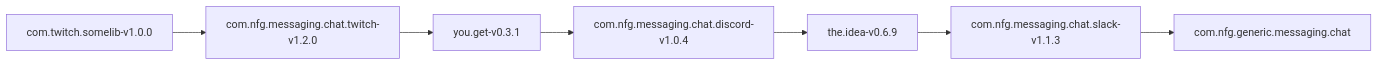
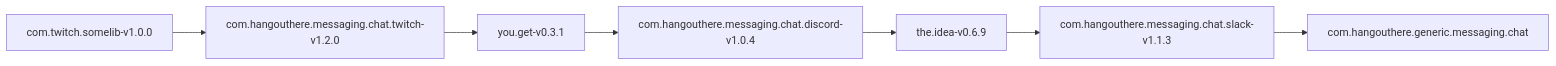
Diagram 12 of 12 in README.md (hangouthere/hh-util), drawn with Mermaid before and after one commit. The commit also changed other lines of this file and 38 other files, not shown here.

````diff
--- a/README.md
+++ b/README.md
@@ -253,4 +275,4 @@
 ```mermaid
 flowchart LR
-A["com.twitch.somelib-v1.0.0"] --> B["com.nfg.messaging.chat.twitch-v1.2.0"] --> C["you.get-v0.3.1"] --> D["com.nfg.messaging.chat.discord-v1.0.4"] --> E["the.idea-v0.6.9"] --> F["com.nfg.messaging.chat.slack-v1.1.3"] --> G["com.nfg.generic.messaging.chat"]
+A["com.twitch.somelib-v1.0.0"] --> B["com.hangouthere.messaging.chat.twitch-v1.2.0"] --> C["you.get-v0.3.1"] --> D["com.hangouthere.messaging.chat.discord-v1.0.4"] --> E["the.idea-v0.6.9"] --> F["com.hangouthere.messaging.chat.slack-v1.1.3"] --> G["com.hangouthere.generic.messaging.chat"]
 ```
````
